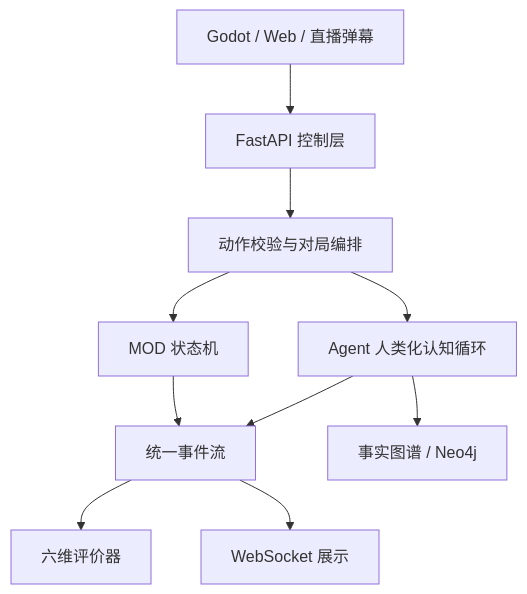
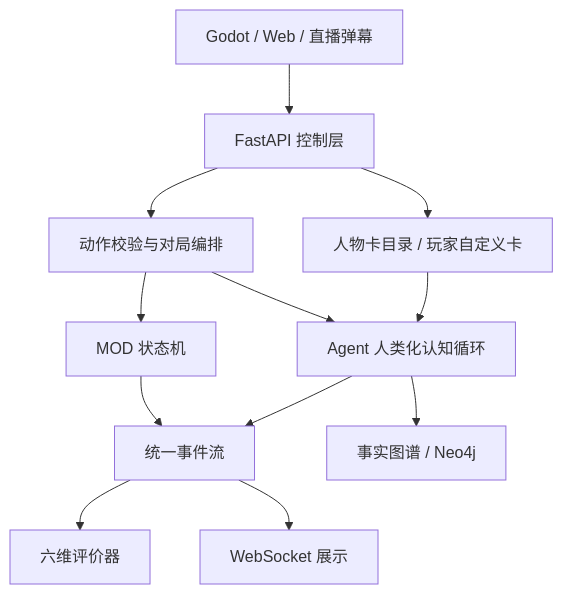
The diagram in docs/ARCHITECTURE.md (vrwanderers/human-vs-agent-engine), drawn with Mermaid before and after one commit. The commit also changed other lines of this file and 27 other files, not shown here.

````diff
--- a/docs/ARCHITECTURE.md
+++ b/docs/ARCHITECTURE.md
@@ -5,12 +5,14 @@
 ```mermaid
 flowchart TD
   A[Godot / Web / 直播弹幕] --> B[FastAPI 控制层]
   B --> C[动作校验与对局编排]
+  B --> J[人物卡目录 / 玩家自定义卡]
+  J --> E
   C --> D[MOD 状态机]
   C --> E[Agent 人类化认知循环]
   D --> F[统一事件流]
   E --> F
   E --> I[事实图谱 / Neo4j]
   F --> G[六维评价器]
   F --> H[WebSocket 展示]
 ```
````
